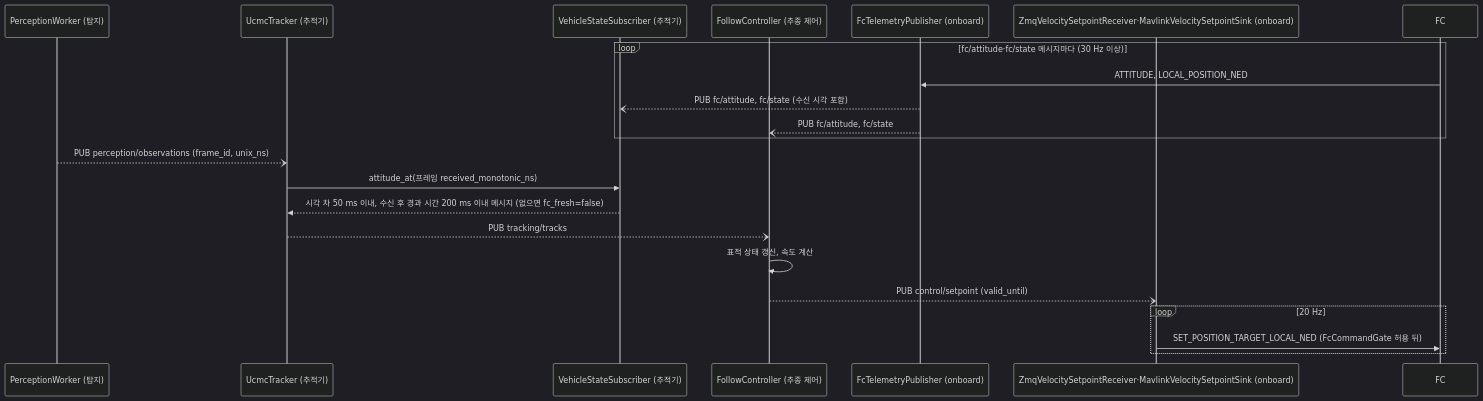
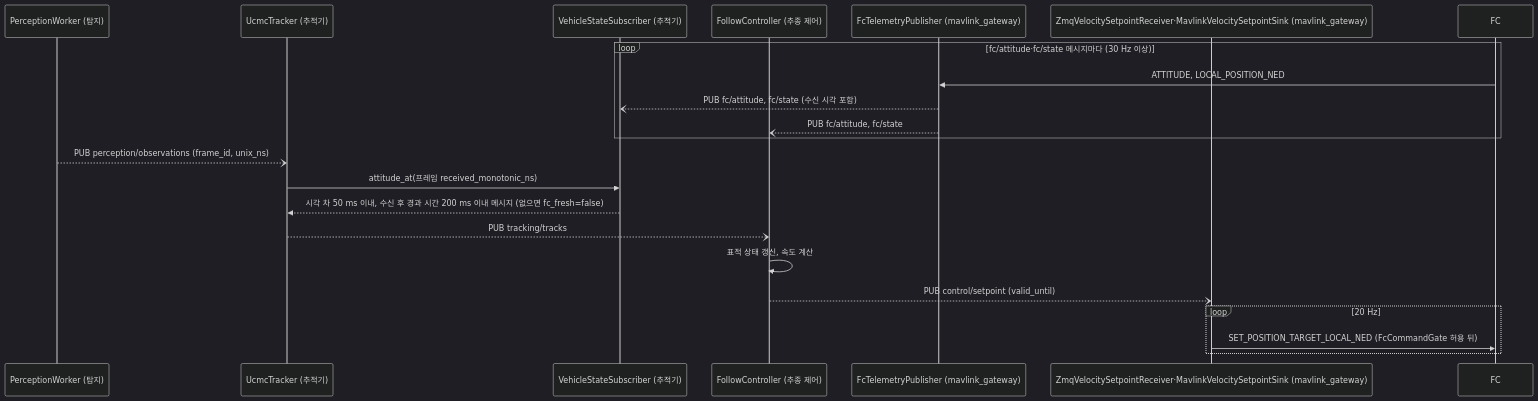
One commit to lig-argus/argus-edge-vision changed the second of 4 diagrams in docs/design/uml/sequence.md. Above: the diagram before and after it, drawn with Mermaid (dark theme). The commit also changed other lines of this file and 44 other files, not shown here.

First line of the commit message:
refactor(onboard): FC, 통제기 통신 프로세스의 이름을 onboard 에서 mavlink_gateway 로 변경 (#83)

````diff
--- a/docs/design/uml/sequence.md
+++ b/docs/design/uml/sequence.md
@@ -58,25 +58,25 @@
 ```mermaid
 sequenceDiagram
     participant vis as PerceptionWorker (탐지)
     participant trk as UcmcTracker (추적기)
     participant vss as VehicleStateSubscriber (추적기)
     participant ctl as FollowController (추종 제어)
-    participant fct as FcTelemetryPublisher (onboard)
-    participant spr as ZmqVelocitySetpointReceiver·MavlinkVelocitySetpointSink (onboard)
+    participant fct as FcTelemetryPublisher (mavlink_gateway)
+    participant spr as ZmqVelocitySetpointReceiver·MavlinkVelocitySetpointSink (mavlink_gateway)
     participant fc as FC
 
     loop fc/attitude·fc/state 메시지마다 (30 Hz 이상)
         fc->>fct: ATTITUDE, LOCAL_POSITION_NED
         fct--)vss: PUB fc/attitude, fc/state (수신 시각 포함)
         fct--)ctl: PUB fc/attitude, fc/state
     end
     vis--)trk: PUB perception/observations (frame_id, unix_ns)
     trk->>vss: attitude_at(프레임 received_monotonic_ns)
     vss-->>trk: 시각 차 50 ms 이내, 수신 후 경과 시간 200 ms 이내 메시지 (없으면 fc_fresh=false)
     trk--)ctl: PUB tracking/tracks
     ctl->>ctl: 표적 상태 갱신, 속도 계산
     ctl--)spr: PUB control/setpoint (valid_until)
     loop 20 Hz
         spr->>fc: SET_POSITION_TARGET_LOCAL_NED (FcCommandGate 허용 뒤)
     end
 ```
````
